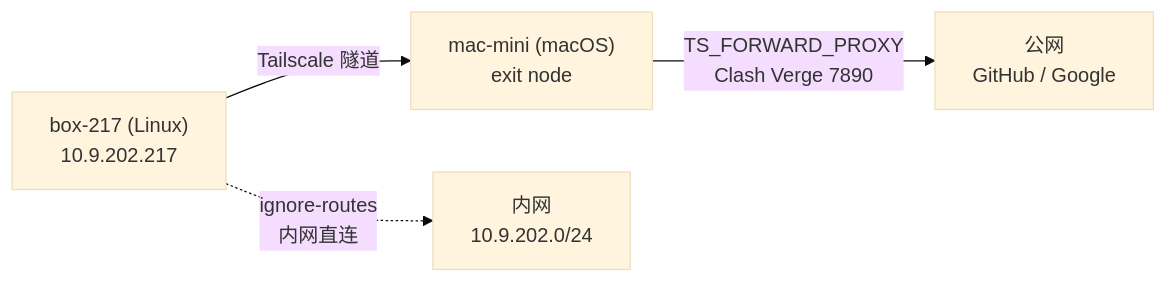
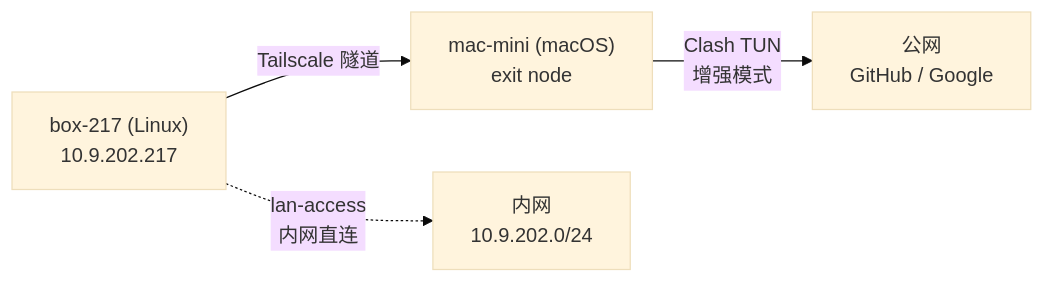
One commit to aresnasa/tailscale changed the diagram in ansible/README_zhCN.md. Above: the diagram before and after it, drawn with Mermaid (base theme). The commit also changed other lines of this file, not shown here.

Commit message:
docs(ansible): 更新 README 中 Clash TUN 模式与内网直连说明

````diff
--- a/ansible/README_zhCN.md
+++ b/ansible/README_zhCN.md
@@ -14,6 +14,6 @@
 ```mermaid
 graph LR
     A["box-217 (Linux)<br/>10.9.202.217"] -->|"Tailscale 隧道"| B["mac-mini (macOS)<br/>exit node"]
-    B -->|"TS_FORWARD_PROXY<br/>Clash Verge 7890"| C["公网<br/>GitHub / Google"]
-    A -.->|"ignore-routes<br/>内网直连"| D["内网<br/>10.9.202.0/24"]
+    B -->|"Clash TUN<br/>增强模式"| C["公网<br/>GitHub / Google"]
+    A -.->|"lan-access<br/>内网直连"| D["内网<br/>10.9.202.0/24"]
 ```
````
